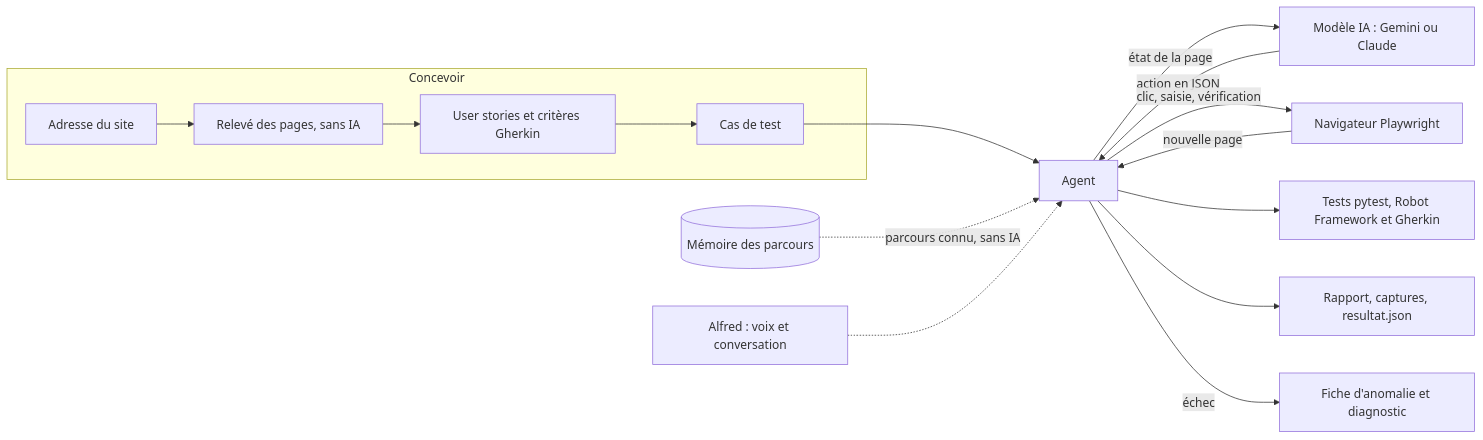
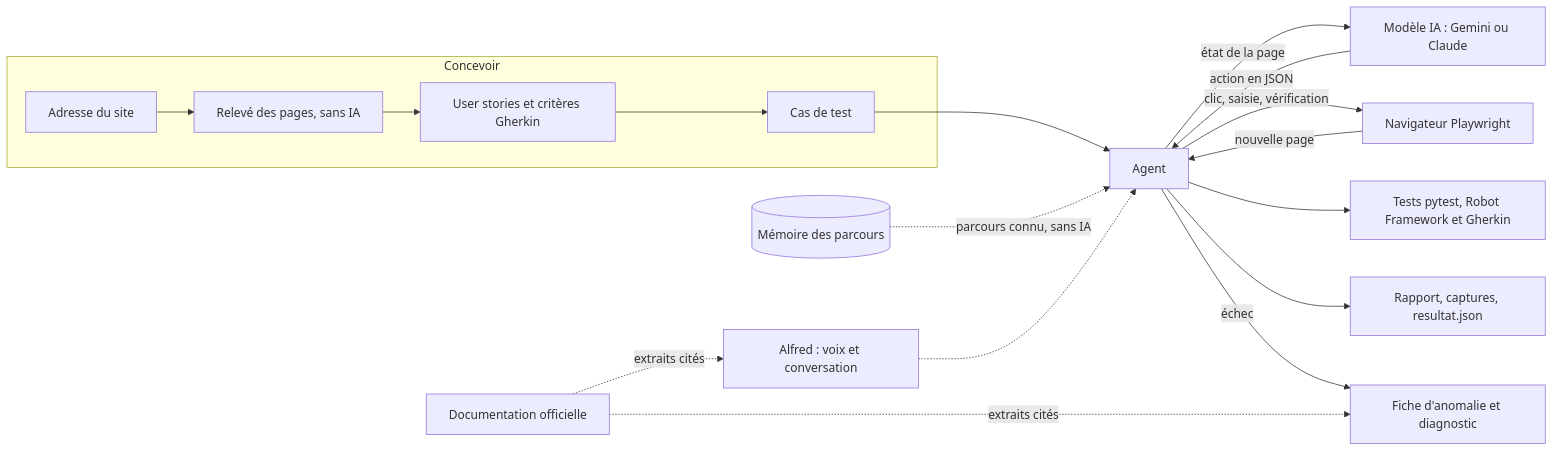
The diagram in README.md (smail-ops/agent-qa-playwright), drawn with Mermaid before and after one commit. The commit also changed other lines of this file and 11 other files, not shown here.

First line of the commit message:
Documentation officielle : Alfred répond aux questions sur les outils, la fiche d'anomalie cite ses sources

````diff
--- a/README.md
+++ b/README.md
@@ -24,18 +24,20 @@
 ```mermaid
 flowchart LR
     subgraph Concevoir
         URL[Adresse du site] --> AN[Relevé des pages, sans IA]
         AN --> US[User stories et critères Gherkin]
         US --> CT[Cas de test]
     end
     CT --> A[Agent]
     MEM[(Mémoire des parcours)] -. parcours connu, sans IA .-> A
     A -- état de la page --> M[Modèle IA : Gemini ou Claude]
     M -- action en JSON --> A
     A -- clic, saisie, vérification --> N[Navigateur Playwright]
     N -- nouvelle page --> A
     A --> S[Tests pytest, Robot Framework et Gherkin]
     A --> R[Rapport, captures, resultat.json]
     A -- échec --> F[Fiche d'anomalie et diagnostic]
     AL[Alfred : voix et conversation] -.-> A
+    DOC[Documentation officielle] -. extraits cités .-> F
+    DOC -. extraits cités .-> AL
 ```
````
